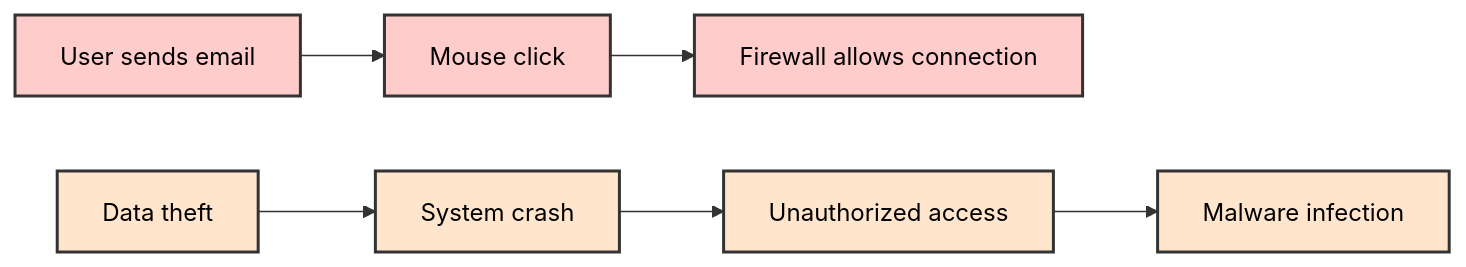
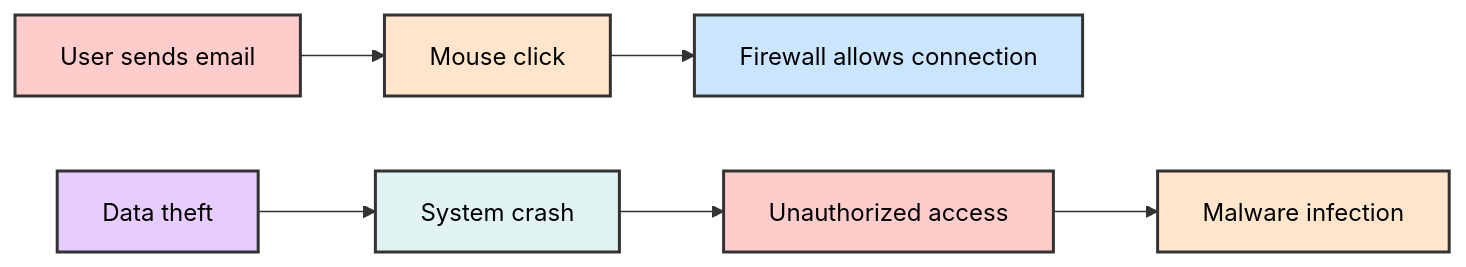
Before and after one commit to manojxshrestha/SOC-Analyst-Cheatsheet: the second of 29 diagrams in 1-Incident-Handling-Process/README.md, drawn with Mermaid.

Commit message:
Fix Events vs Incidents mermaid - use rotating pastel colors

````diff
--- a/1-Incident-Handling-Process/README.md
+++ b/1-Incident-Handling-Process/README.md
@@ -79,13 +79,13 @@
 ```mermaid
 graph LR
     A["User sends email"] --> B["Mouse click"] --> C["Firewall allows connection"]
     D["Data theft"] --> E["System crash"] --> F["Unauthorized access"] --> G["Malware infection"]
     
     style A fill:#ffcccc,stroke:#333,stroke-width:2px,color:#000
-    style B fill:#ffcccc,stroke:#333,stroke-width:2px,color:#000
-    style C fill:#ffcccc,stroke:#333,stroke-width:2px,color:#000
-    style D fill:#ffe5cc,stroke:#333,stroke-width:2px,color:#000
-    style E fill:#ffe5cc,stroke:#333,stroke-width:2px,color:#000
-    style F fill:#ffe5cc,stroke:#333,stroke-width:2px,color:#000
+    style B fill:#ffe5cc,stroke:#333,stroke-width:2px,color:#000
+    style C fill:#cce5ff,stroke:#333,stroke-width:2px,color:#000
+    style D fill:#e6ccff,stroke:#333,stroke-width:2px,color:#000
+    style E fill:#e0f2f1,stroke:#333,stroke-width:2px,color:#000
+    style F fill:#ffcccc,stroke:#333,stroke-width:2px,color:#000
     style G fill:#ffe5cc,stroke:#333,stroke-width:2px,color:#000
 ```
````
